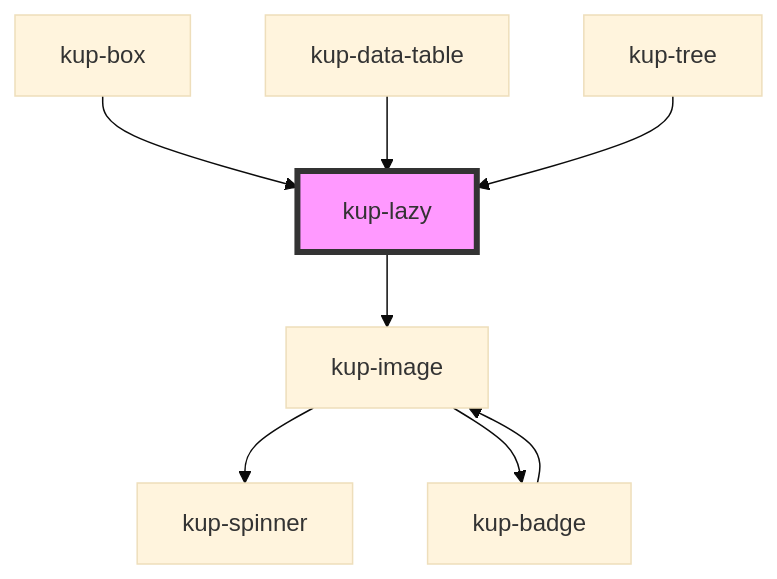
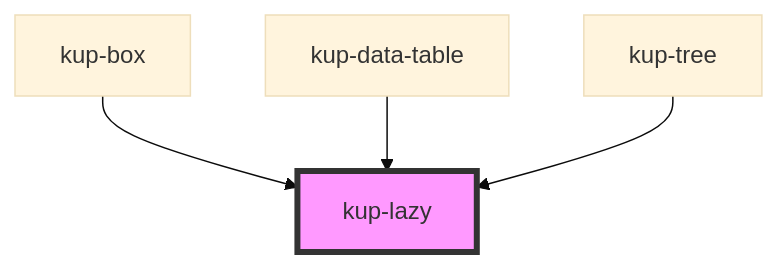
The diagram in packages/ketchup/src/components/kup-lazy/readme.md (smeup/ketchup), drawn with Mermaid (base theme) before and after one commit. The commit also changed other lines of this file and 9 other files, not shown here.

Commit message:
Removed kup-image from lazy for performanes' sake. Now SVGs are embedded.

````diff
--- a/packages/ketchup/src/components/kup-lazy/readme.md
+++ b/packages/ketchup/src/components/kup-lazy/readme.md
@@ -44,11 +40,7 @@
 ```mermaid
 graph TD;
-  kup-lazy --> kup-image
-  kup-image --> kup-spinner
-  kup-image --> kup-badge
-  kup-badge --> kup-image
   kup-box --> kup-lazy
   kup-data-table --> kup-lazy
   kup-tree --> kup-lazy
   style kup-lazy fill:#f9f,stroke:#333,stroke-width:4px
 ```
````
